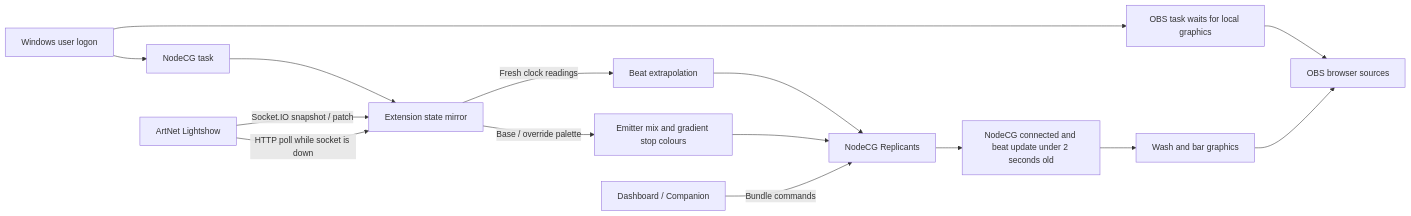
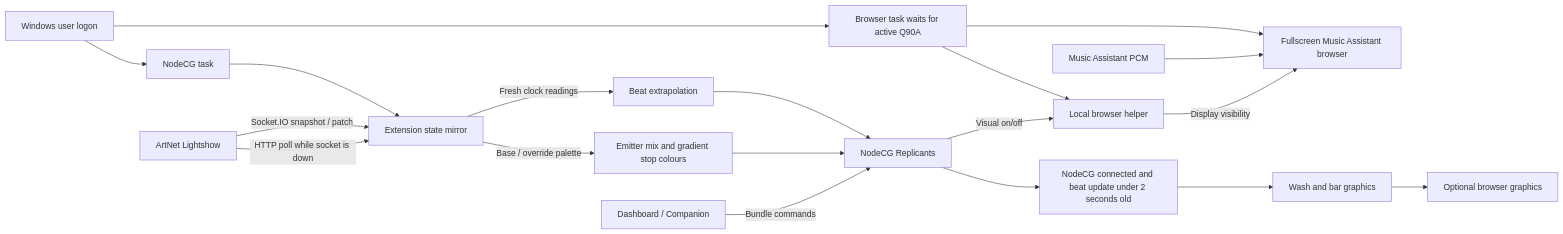
One commit to tyclab/party-visuals changed the diagram in README.md. Above: the diagram before and after it, drawn with Mermaid. The commit also changed other lines of this file and 6 other files, not shown here.

First line of the commit message:
feat: replace OBS with a fullscreen browser display

````diff
--- a/README.md
+++ b/README.md
@@ -263,17 +268,21 @@
 ```mermaid
 flowchart LR
   Logon[Windows user logon] --> NodeTask[NodeCG task]
   NodeTask --> Mirror
-  Logon --> OBSLauncher[OBS task waits for local graphics]
-  OBSLauncher --> OBS
+  Logon --> BrowserTask[Browser task waits for active Q90A]
+  BrowserTask --> Browser[Fullscreen Music Assistant browser]
+  Music[Music Assistant PCM] --> Browser
+  BrowserTask --> Helper[Local browser helper]
+  Replicants -->|Visual on/off| Helper
+  Helper -->|Display visibility| Browser
   Lightshow[ArtNet Lightshow] -->|Socket.IO snapshot / patch| Mirror[Extension state mirror]
   Lightshow -->|HTTP poll while socket is down| Mirror
   Mirror -->|Fresh clock readings| Clock[Beat extrapolation]
   Mirror -->|Base / override palette| Colours[Emitter mix and gradient stop colours]
   Clock --> Replicants[NodeCG Replicants]
   Colours --> Replicants
   Replicants --> Fresh[NodeCG connected and beat update under 2 seconds old]
   Fresh --> Graphics[Wash and bar graphics]
-  Graphics --> OBS[OBS browser sources]
+  Graphics --> Optional[Optional browser graphics]
   Controls[Dashboard / Companion] -->|Bundle commands| Replicants
 ```
````
